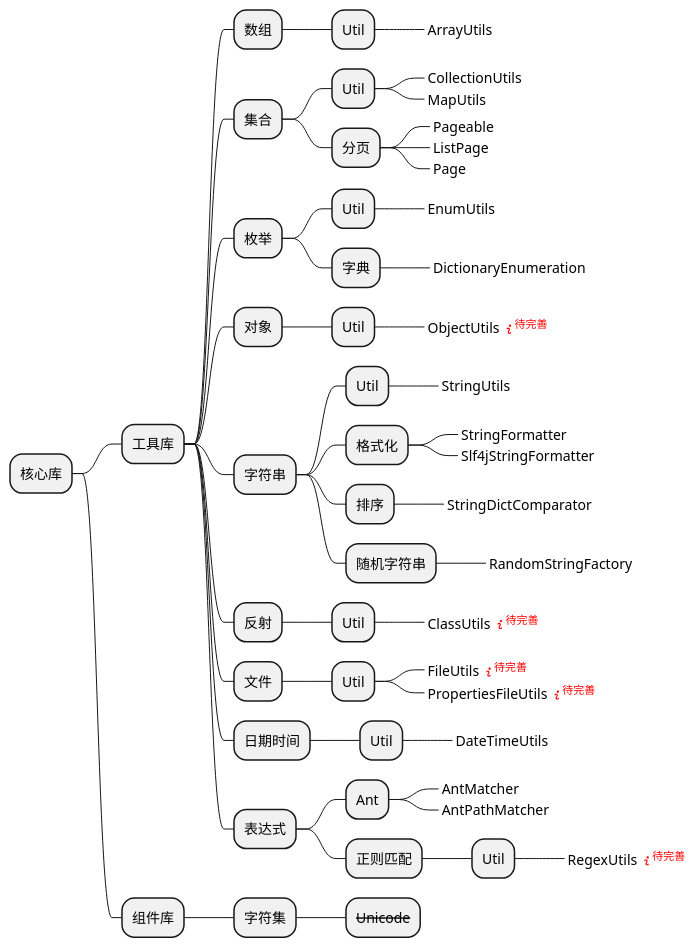
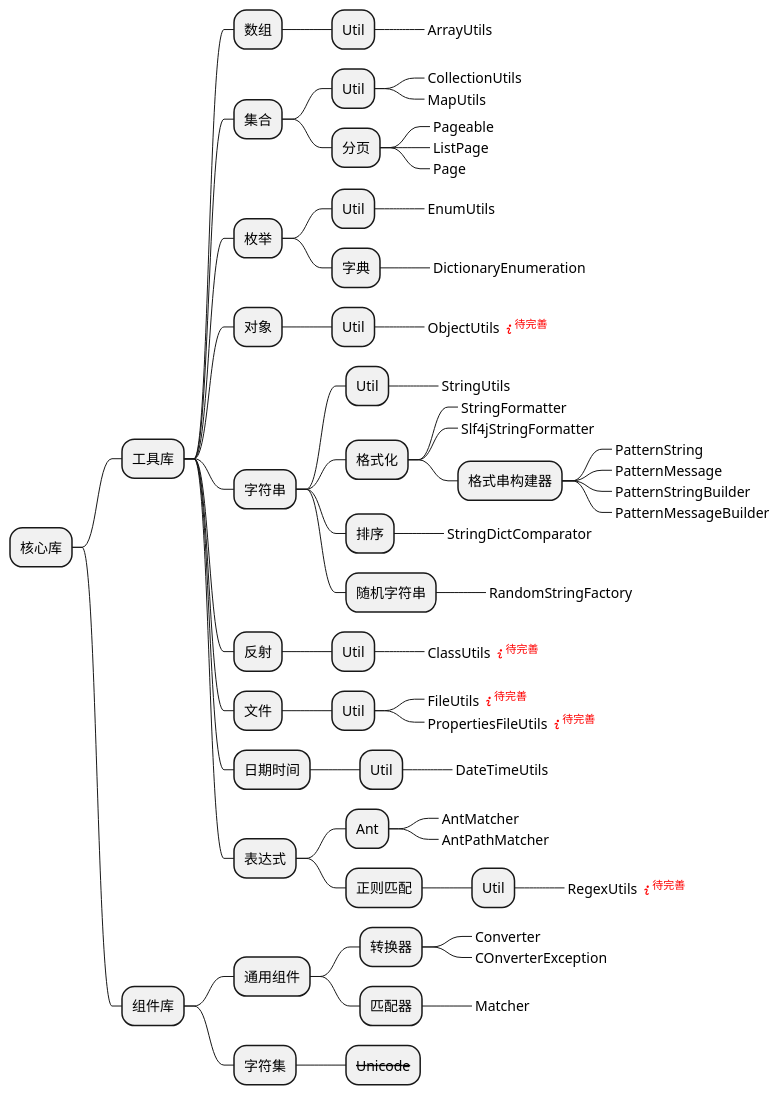
Before and after one commit to akudy/beehive-parent: the diagram in beehive-core/src/main/resources/design-thought/core-overview.puml, drawn with PlantUML. The commit also changed 36 other files, not shown here.

```diff
--- a/beehive-core/src/main/resources/design-thought/core-overview.puml
+++ b/beehive-core/src/main/resources/design-thought/core-overview.puml
@@ -1,66 +1,78 @@
 @startmindmap
 * 核心库
 ** 工具库
 
 *** 数组
 **** Util
 *****_ ArrayUtils
 
 *** 集合
 **** Util
 *****_ CollectionUtils
 *****_ MapUtils
 **** 分页
 *****_ Pageable
 *****_ ListPage
 *****_ Page
 
 *** 枚举
 **** Util
 *****_ EnumUtils
 **** 字典
 *****_ DictionaryEnumeration
 
 *** 对象
 **** Util
 *****_ ObjectUtils <font color=red><&info><sup>待完善</sup></font>
 
 *** 字符串
 **** Util
 *****_ StringUtils
 **** 格式化
 *****_ StringFormatter
 *****_ Slf4jStringFormatter
+***** 格式串构建器
+******_ PatternString
+******_ PatternMessage
+******_ PatternStringBuilder
+******_ PatternMessageBuilder
 **** 排序
 *****_ StringDictComparator
 **** 随机字符串
 *****_ RandomStringFactory
 
 *** 反射
 **** Util
 *****_ ClassUtils <font color=red><&info><sup>待完善</sup></font>
 
 *** 文件
 **** Util
 *****_ FileUtils <font color=red><&info><sup>待完善</sup></font>
 *****_ PropertiesFileUtils <font color=red><&info><sup>待完善</sup></font>
 
 
 *** 日期时间
 **** Util
 *****_ DateTimeUtils
 
 *** 表达式
 **** Ant
 *****_ AntMatcher
 *****_ AntPathMatcher
 **** 正则匹配
 ***** Util
 ******_ RegexUtils <font color=red><&info><sup>待完善</sup></font>
 
 ** 组件库
+*** 通用组件
+**** 转换器
+*****_ Converter
+*****_ COnverterException
+
+**** 匹配器
+*****_ Matcher
 
 *** 字符集
 **** <del>Unicode</del>
 
 @endmindmap
```
